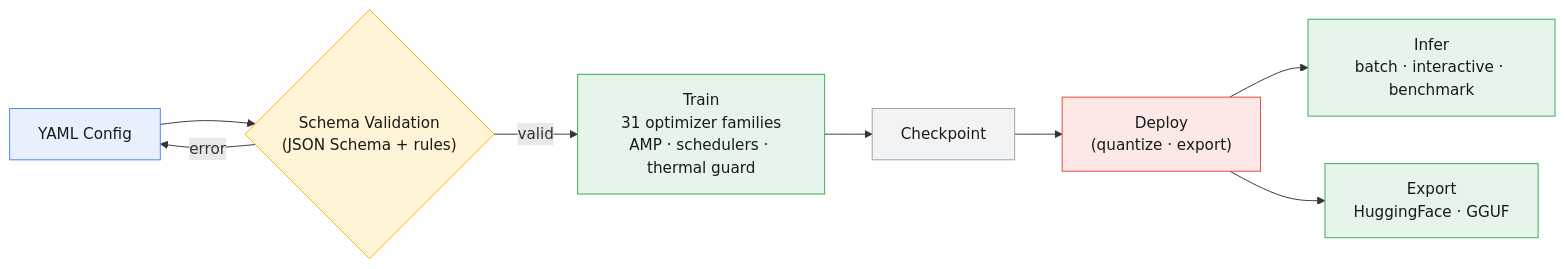
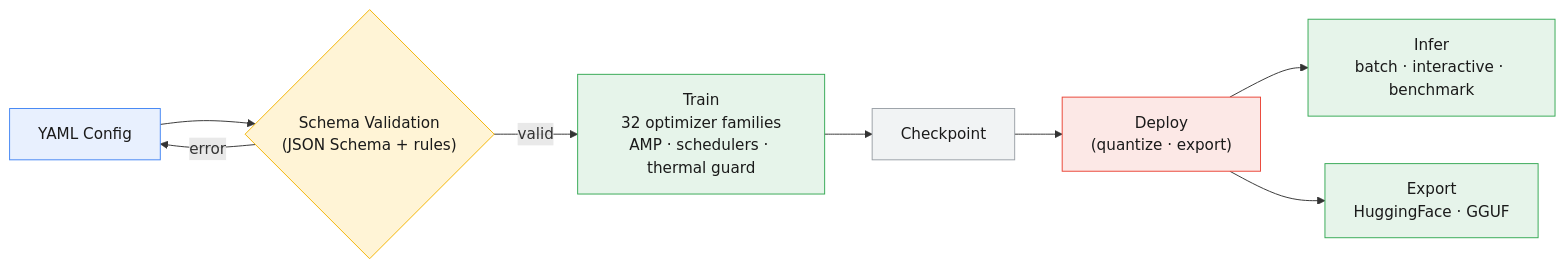
The first of 2 diagrams in README.md (erickfmm/frankenstein-transformer), drawn with Mermaid before and after one commit. The commit also changed other lines of this file and 21 other files, not shown here.

````diff
--- a/README.md
+++ b/README.md
@@ -24,18 +24,18 @@
 ```mermaid
 flowchart LR
     A["YAML Config"] --> B{"Schema Validation<br/>(JSON Schema + rules)"}
-    B -- valid --> C["Train<br/>31 optimizer families<br/>AMP · schedulers · thermal guard"]
+    B -- valid --> C["Train<br/>32 optimizer families<br/>AMP · schedulers · thermal guard"]
     B -- error --> A
     C --> D["Checkpoint"]
     D --> E["Deploy<br/>(quantize · export)"]
     E --> F["Infer<br/>batch · interactive · benchmark"]
     E --> G["Export<br/>HuggingFace · GGUF"]
 
     style A fill:#e8f0fe,stroke:#4285f4,color:#1a1a1a
     style B fill:#fff4d6,stroke:#f4b400,color:#1a1a1a
     style C fill:#e6f4ea,stroke:#34a853,color:#1a1a1a
     style D fill:#f1f3f4,stroke:#9aa0a6,color:#1a1a1a
     style E fill:#fce8e6,stroke:#ea4335,color:#1a1a1a
     style F fill:#e6f4ea,stroke:#34a853,color:#1a1a1a
     style G fill:#e6f4ea,stroke:#34a853,color:#1a1a1a
 ```
````
